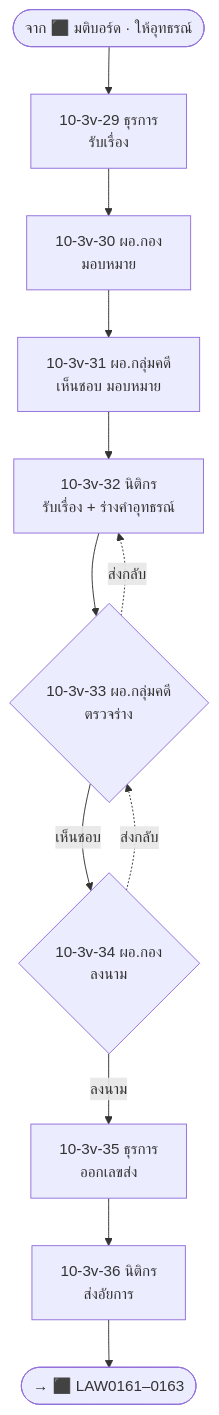
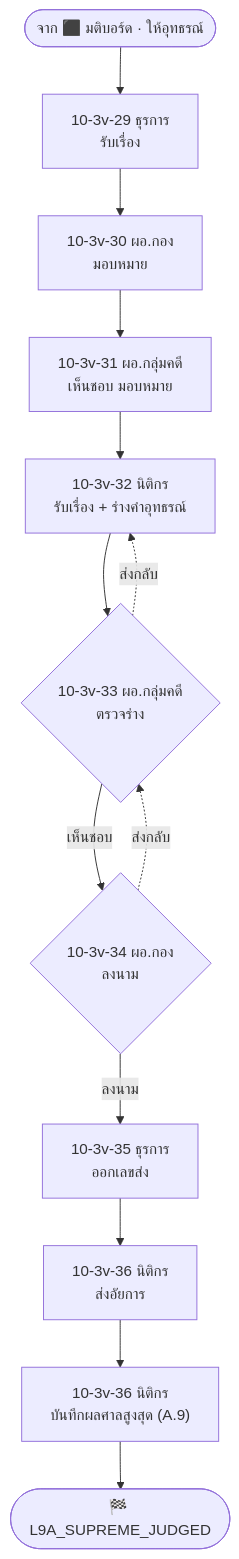
Before and after one commit to varitthon/E-CMIS-A4: diagram 11 of 13 in docs/activity10-flow-10.3.md, drawn with Mermaid. The commit also changed other lines of this file and 169 other files, not shown here.

````diff
--- a/docs/activity10-flow-10.3.md
+++ b/docs/activity10-flow-10.3.md
@@ -273,9 +293,9 @@
 ```mermaid
 flowchart TD
   S(["จาก ⬛ มติบอร์ด · ให้อุทธรณ์"]) --> A29["10-3v-29 ธุรการ<br/>รับเรื่อง"] --> A30["10-3v-30 ผอ.กอง<br/>มอบหมาย"] --> A31["10-3v-31 ผอ.กลุ่มคดี<br/>เห็นชอบ มอบหมาย"] --> A32["10-3v-32 นิติกร<br/>รับเรื่อง + ร่างคำอุทธรณ์"] --> A33{"10-3v-33 ผอ.กลุ่มคดี<br/>ตรวจร่าง"}
   A33 -. ส่งกลับ .-> A32
   A33 -- เห็นชอบ --> A34{"10-3v-34 ผอ.กอง<br/>ลงนาม"}
   A34 -. ส่งกลับ .-> A33
-  A34 -- ลงนาม --> A35["10-3v-35 ธุรการ<br/>ออกเลขส่ง"] --> A36["10-3v-36 นิติกร<br/>ส่งอัยการ"] --> O(["→ ⬛ LAW0161–0163"])
+  A34 -- ลงนาม --> A35["10-3v-35 ธุรการ<br/>ออกเลขส่ง"] --> A36["10-3v-36 นิติกร<br/>ส่งอัยการ"] --> A36b["10-3v-36 นิติกร<br/>บันทึกผลศาลสูงสุด (A.9)"] --> T(["🏁 L9A_SUPREME_JUDGED"])
   classDef ext fill:#eeeeee,stroke:#999999,stroke-dasharray:5 5,color:#555555
 ```
````
